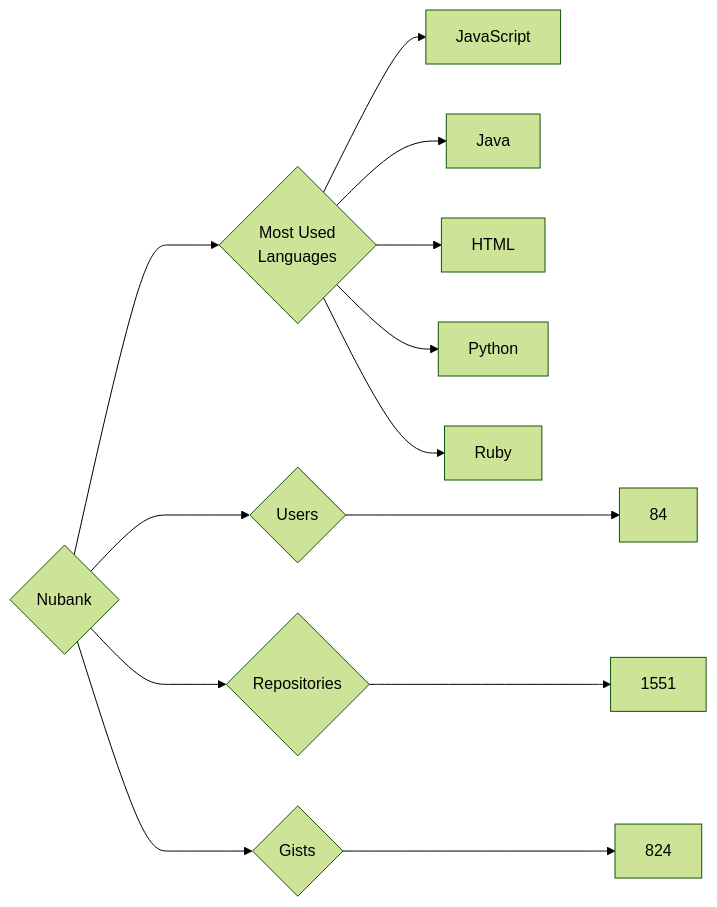
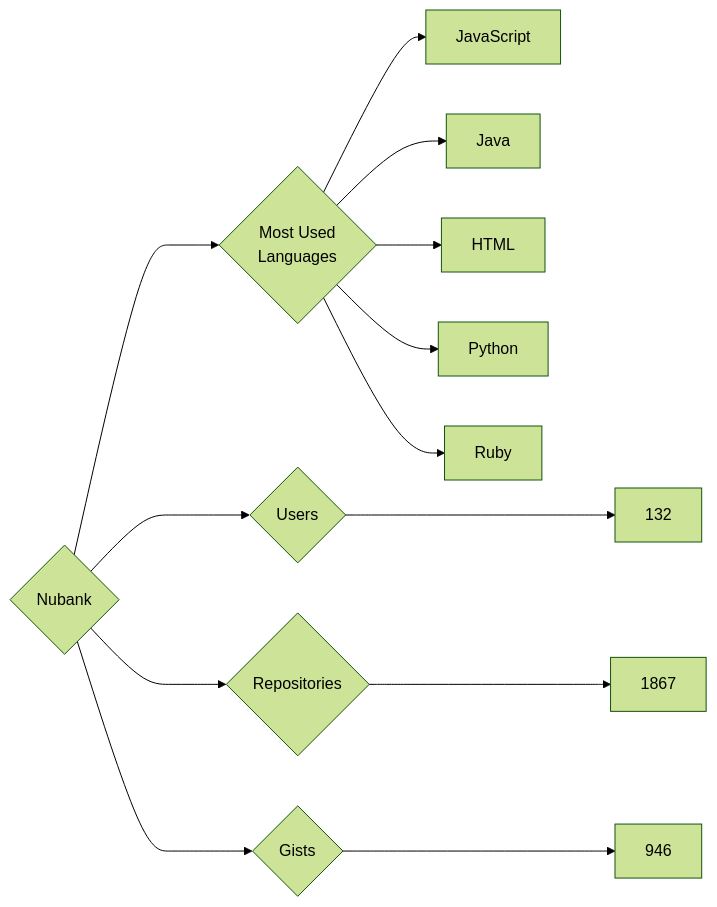
Before and after one commit to trickest/insiders: the diagram in targets/Nubank/README.md, drawn with Mermaid (forest theme). The commit also changed 928 other files, not shown here.

````diff
--- a/targets/Nubank/README.md
+++ b/targets/Nubank/README.md
@@ -3,13 +3,13 @@
 ```mermaid
 graph LR
 COMPANY_NAME{Nubank}
-COMPANY_NAME ---> U{Users} ---> UN[84]
-COMPANY_NAME ---> R{Repositories} ---> RN[1551]
-COMPANY_NAME ---> G{Gists} ---> GN[824]
+COMPANY_NAME ---> U{Users} ---> UN[132]
+COMPANY_NAME ---> R{Repositories} ---> RN[1867]
+COMPANY_NAME ---> G{Gists} ---> GN[946]
 COMPANY_NAME ---> ML{Most Used<br>Languages}
 ML --> JavaScript[JavaScript]
 ML --> Java[Java]
 ML --> HTML[HTML]
 ML --> Python[Python]
 ML --> Ruby[Ruby]
 ```
````
